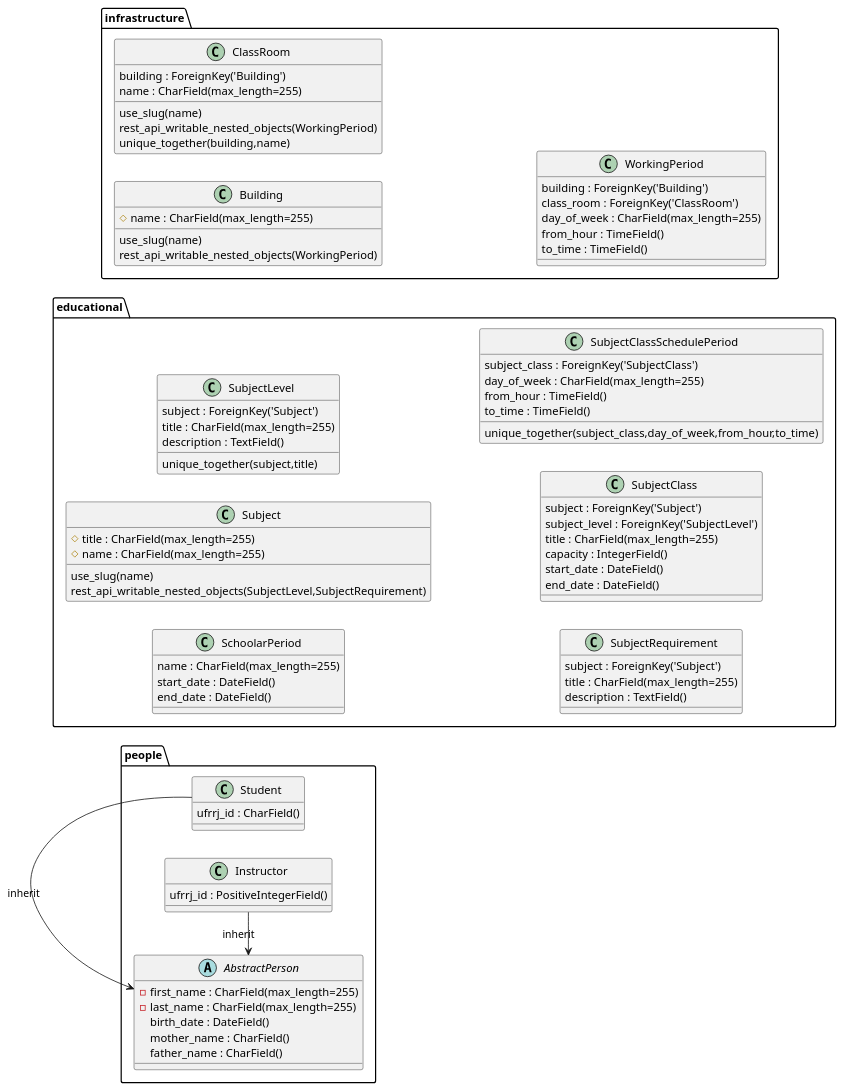
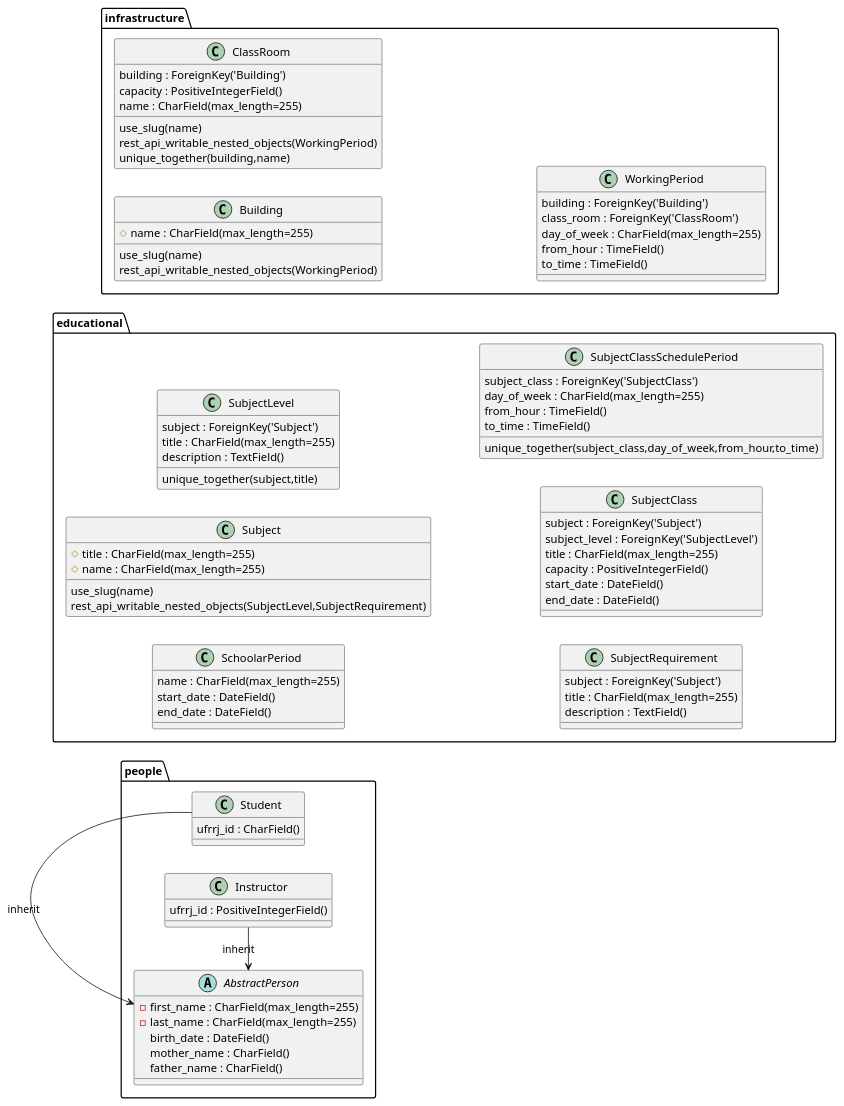
One commit to JV-Cunha/uml2django changed the diagram in examples/school_management_project.puml. Above: the diagram before and after it, drawn with PlantUML.

Commit message:
updated project example

```diff
--- a/examples/school_management_project.puml
+++ b/examples/school_management_project.puml
@@ -1,82 +1,88 @@
 @startuml
 left to right direction
 package people {
     abstract class AbstractPerson {
         {field} -first_name : CharField(max_length=255)
         {field} -last_name : CharField(max_length=255)
         {field} birth_date : DateField()
         {field} mother_name : CharField()
         {field} father_name : CharField()
     }
 
     class Student {
         {field} ufrrj_id : CharField()
     }
     AbstractPerson <- Student : inherit
 
     class Instructor {
         {field} ufrrj_id : PositiveIntegerField()
     }
     AbstractPerson <- Instructor : inherit
 }
 package educational {
     class SchoolarPeriod {
         {field} name : CharField(max_length=255)
         {field} start_date : DateField()
         {field} end_date : DateField()
     }
     class Subject {
+        {field} #title : CharField(max_length=255)
+        {field} #name : CharField(max_length=255)
+
         use_slug(name)
         rest_api_writable_nested_objects(SubjectLevel,SubjectRequirement)
-        {field} #title : CharField(max_length=255)
-        {field} #name : CharField(max_length=255)
     }
     class SubjectLevel {
         {field} subject : ForeignKey('Subject')
         {field} title : CharField(max_length=255)
         {field} description : TextField()
+        
         unique_together(subject,title)
     }
     class SubjectRequirement {
         {field} subject : ForeignKey('Subject')
         {field} title : CharField(max_length=255)
         {field} description : TextField()
     }
     class SubjectClass {
         {field} subject : ForeignKey('Subject')
         {field} subject_level : ForeignKey('SubjectLevel')
         {field} title : CharField(max_length=255)
-        {field} capacity : IntegerField()
+        {field} capacity : PositiveIntegerField()
         {field} start_date : DateField()
         {field} end_date : DateField()
     }
     class SubjectClassSchedulePeriod {
         {field} subject_class : ForeignKey('SubjectClass')
         {field} day_of_week : CharField(max_length=255)
         {field} from_hour : TimeField()
         {field} to_time : TimeField()
+        
         unique_together(subject_class,day_of_week,from_hour,to_time) 
     }
 }
 package infrastructure {
     class Building{
+        {field} #name : CharField(max_length=255)
+        
         use_slug(name)
         rest_api_writable_nested_objects(WorkingPeriod)
-        {field} #name : CharField(max_length=255)
     }
     class ClassRoom {
+        {field} building : ForeignKey('Building')
+        {field} capacity : PositiveIntegerField()
+        {field} name : CharField(max_length=255)
+
         use_slug(name)
         rest_api_writable_nested_objects(WorkingPeriod)
-        {field} building : ForeignKey('Building')
-        {field} name : CharField(max_length=255)
-        unique_together(building,name) 
+        unique_together(building,name)
     }
     class WorkingPeriod  {
         {field} building : ForeignKey('Building')
         {field} class_room : ForeignKey('ClassRoom')
         {field} day_of_week : CharField(max_length=255)
         {field} from_hour : TimeField()
         {field} to_time : TimeField()
     }
 }
 @enduml
```
